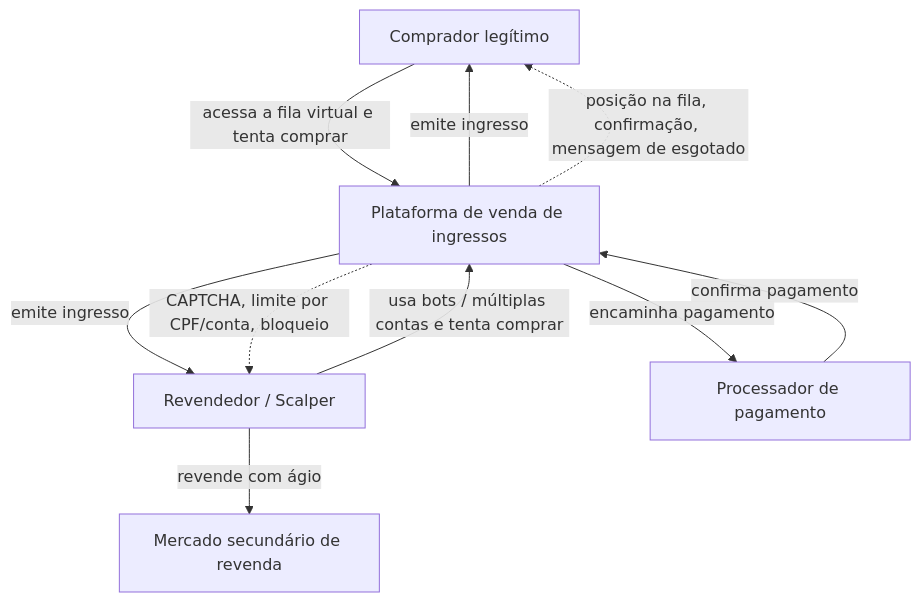
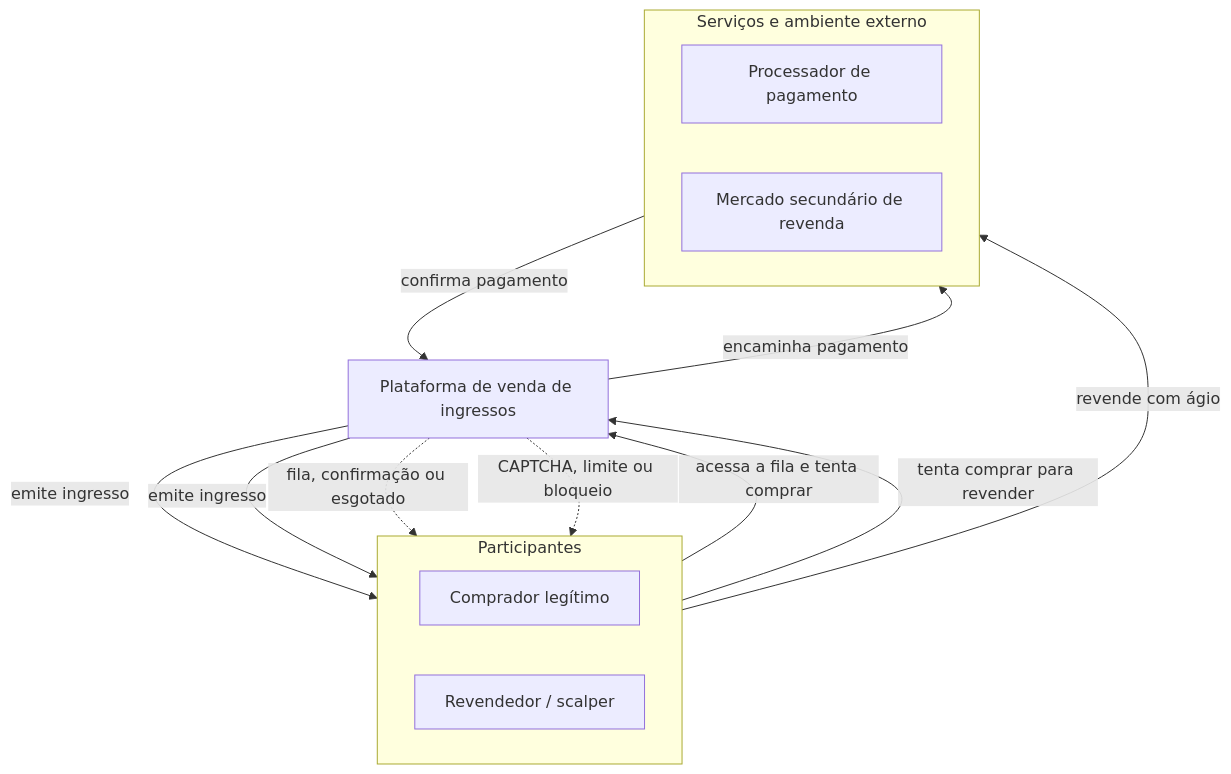
Before and after one commit to felipehscherer/trabalho-engenharia-adversarial: the diagram in README.md, drawn with Mermaid. The commit also changed other lines of this file and 6 other files, not shown here.

Commit message:
docs: adicionar ameaças, riscos e diagramas

````diff
--- a/README.md
+++ b/README.md
@@ -39,18 +40,26 @@
 ```mermaid
-graph TD
-    C[Comprador legítimo]
-    S[Revendedor / Scalper]
+flowchart TB
+    subgraph participantes[Participantes]
+        direction LR
+        C[Comprador legítimo]
+        S[Revendedor / scalper]
+    end
+
     P[Plataforma de venda de ingressos]
-    PG[Processador de pagamento]
-    M[Mercado secundário de revenda]
 
-    C -->|acessa a fila virtual e tenta comprar| P
-    S -->|usa bots / múltiplas contas e tenta comprar| P
+    subgraph externos[Serviços e ambiente externo]
+        direction LR
+        PG[Processador de pagamento]
+        M[Mercado secundário de revenda]
+    end
+
+    C -->|acessa a fila e tenta comprar| P
+    S -->|tenta comprar para revender| P
     P -->|encaminha pagamento| PG
     PG -->|confirma pagamento| P
     P -->|emite ingresso| C
     P -->|emite ingresso| S
     S -->|revende com ágio| M
-    P -.->|CAPTCHA, limite por CPF/conta, bloqueio| S
-    P -.->|posição na fila, confirmação, mensagem de esgotado| C
+    P -.->|fila, confirmação ou esgotado| C
+    P -.->|CAPTCHA, limite ou bloqueio| S
 ```
````
